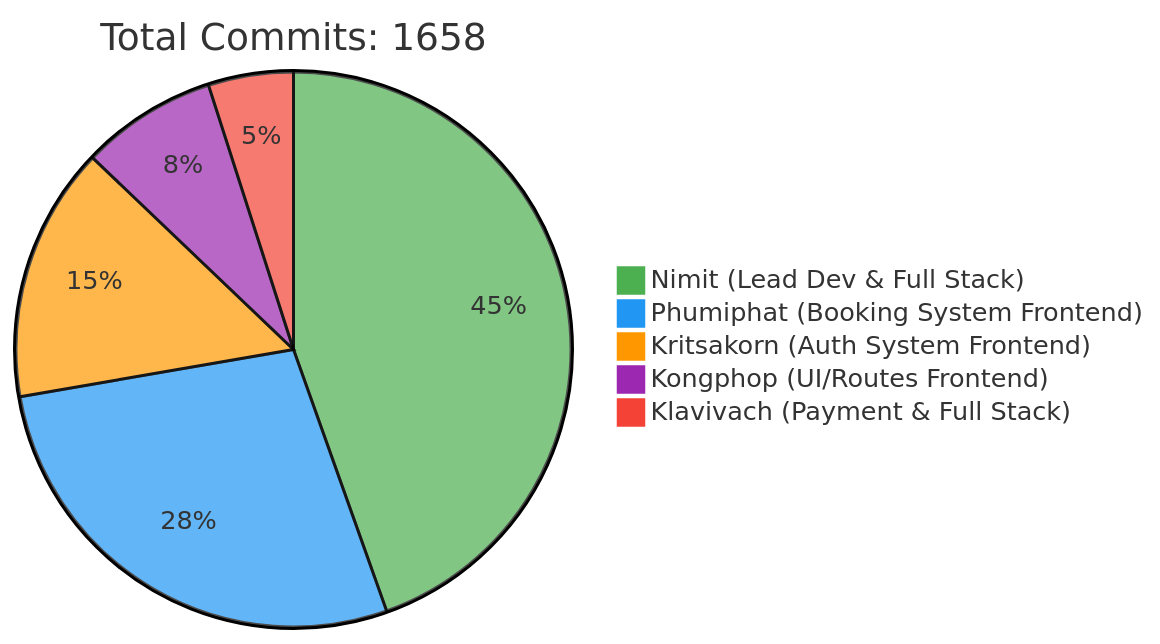
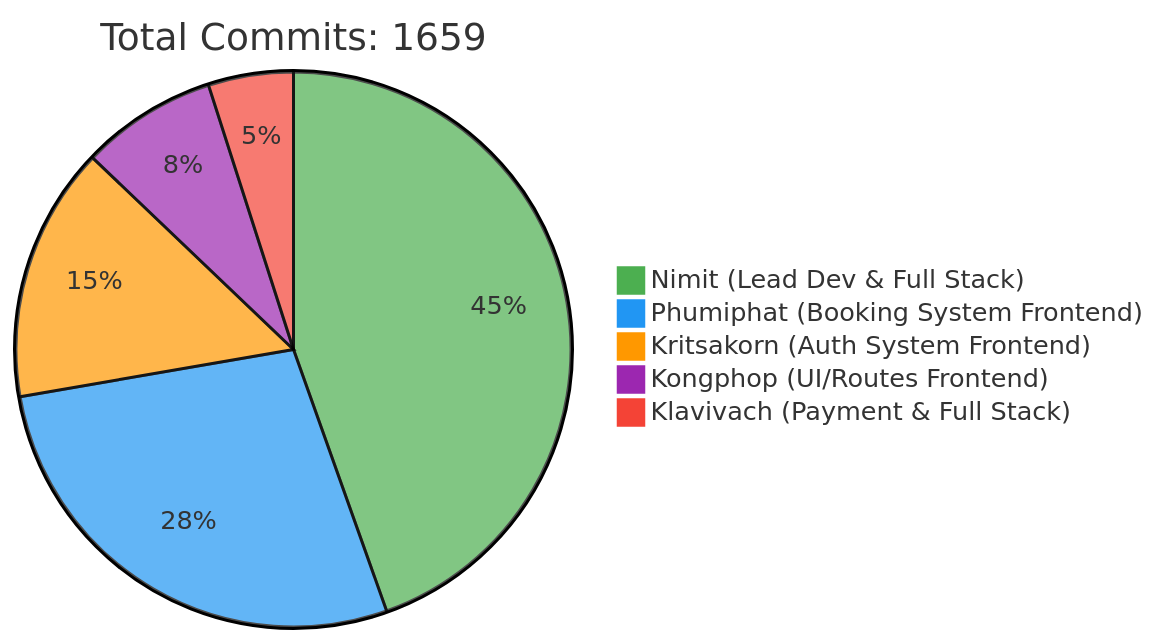
The first of 2 diagrams in README.md (6531503042/Sport-Complex), drawn with Mermaid before and after one commit. The commit also changed other lines of this file, not shown here.

Commit message:
docs: Update contributor statistics [skip ci]

````diff
--- a/README.md
+++ b/README.md
@@ -257,10 +257,10 @@
 ```mermaid
 %%{init: {'theme': 'base', 'themeVariables': { 'pie1': '#4CAF50', 'pie2': '#2196F3', 'pie3': '#FF9800', 'pie4': '#9C27B0', 'pie5': '#F44336'}}}%%
 pie
-    title Total Commits: 1658
+    title Total Commits: 1659
     "Nimit (Lead Dev & Full Stack)" : 450
     "Phumiphat (Booking System Frontend)" : 280
     "Kritsakorn (Auth System Frontend)" : 150
     "Kongphop (UI/Routes Frontend)" : 80
     "Klavivach (Payment & Full Stack)" : 50
 ```
````
